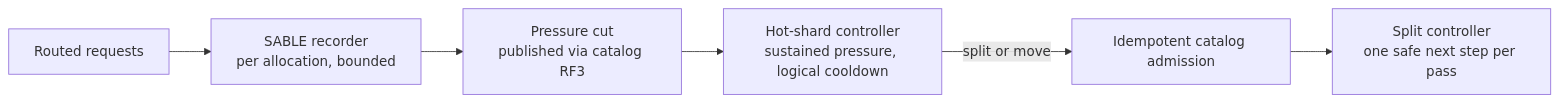
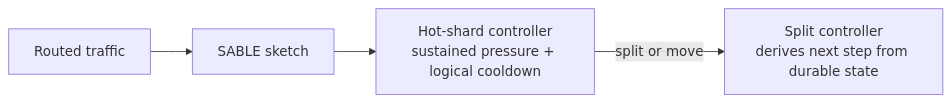
Before and after one commit to thesyncim/vibedb: the second of 2 diagrams in docs/design/topology-changes.md, drawn with Mermaid. The commit also changed other lines of this file and 1871 other files, not shown here.

````diff
--- a/docs/design/topology-changes.md
+++ b/docs/design/topology-changes.md
@@ -118,8 +47,6 @@
 ```mermaid
 flowchart LR
-    Req[Routed requests] --> Rec["SABLE recorder<br/>per allocation, bounded"]
-    Rec --> Cut["Pressure cut<br/>published via catalog RF3"]
-    Cut --> HS["Hot-shard controller<br/>sustained pressure, logical cooldown"]
-    HS -->|split or move| Adm[Idempotent catalog admission]
-    Adm --> SC["Split controller<br/>one safe next step per pass"]
+    Req[Routed traffic] --> Rec[SABLE sketch]
+    Rec --> HS["Hot-shard controller<br/>sustained pressure + logical cooldown"]
+    HS -->|split or move| SC["Split controller<br/>derives next step from durable state"]
 ```
````
